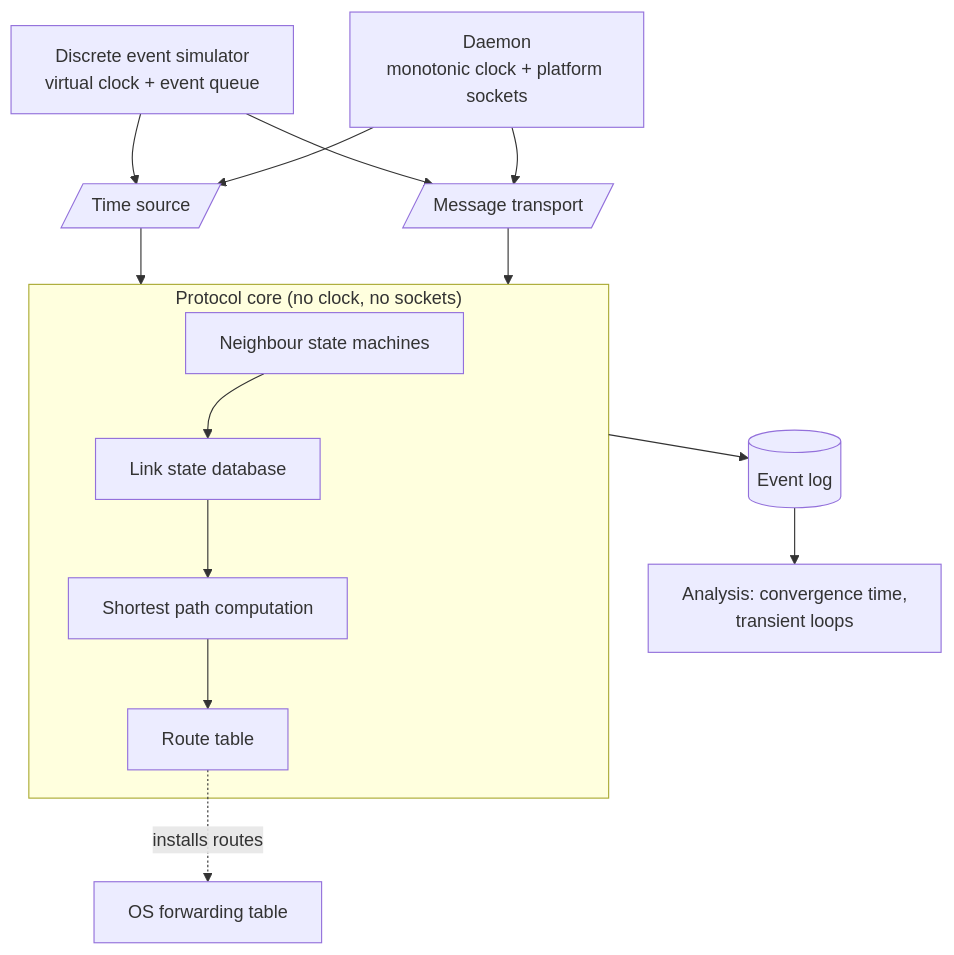
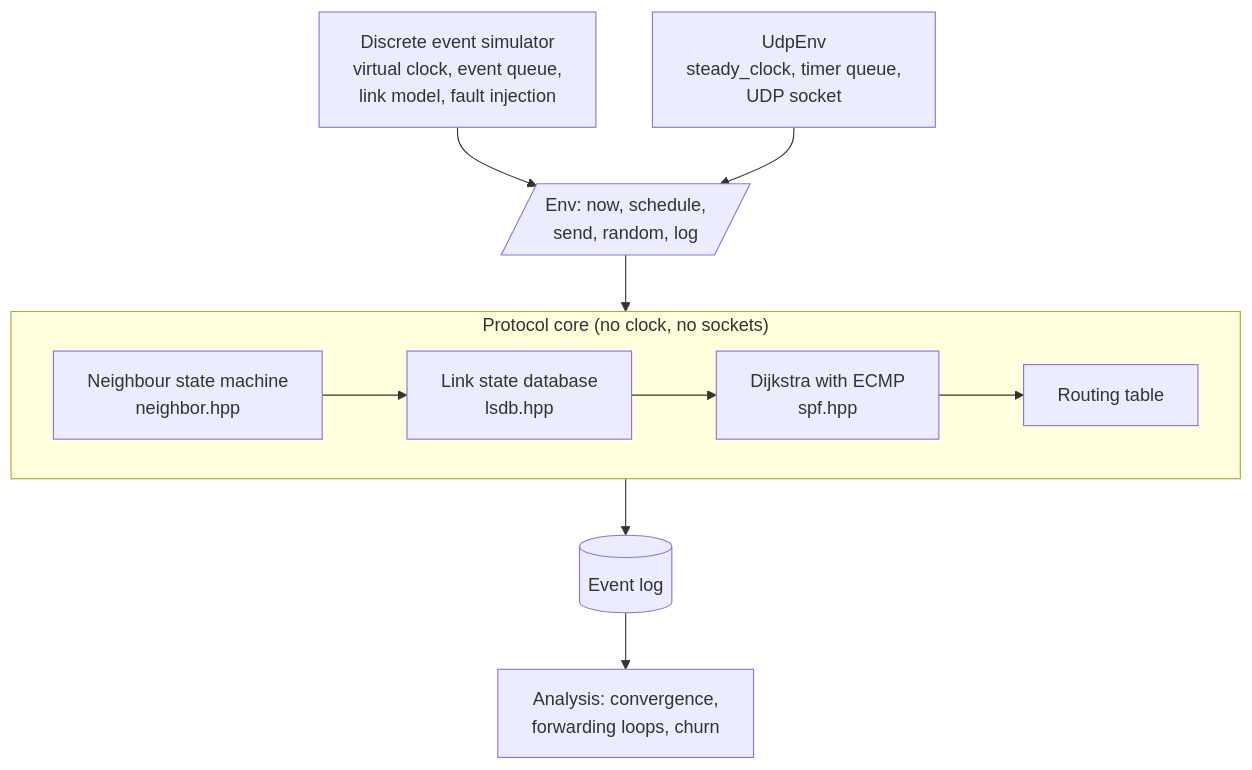
Before and after one commit to Alex-Tsvetanov/waypoint: the diagram in README.md, drawn with Mermaid. The commit also changed other lines of this file and 8 other files, not shown here.

````diff
--- a/README.md
+++ b/README.md
@@ -48,22 +51,18 @@
 ```mermaid
 flowchart TD
     subgraph core["Protocol core (no clock, no sockets)"]
-        NB[Neighbour state machines]
-        LSDB[Link state database]
-        SPF[Shortest path computation]
-        RIB[Route table]
+        NB[Neighbour state machine<br/>neighbor.hpp]
+        LSDB[Link state database<br/>lsdb.hpp]
+        SPF[Dijkstra with ECMP<br/>spf.hpp]
+        RIB[Routing table]
         NB --> LSDB --> SPF --> RIB
     end
 
-    CLK[/Time source/] --> core
-    IO[/Message transport/] --> core
+    ENV[/Env: now, schedule,<br/>send, random, log/] --> core
 
-    SIM[Discrete event simulator<br/>virtual clock + event queue] --> CLK
-    SIM --> IO
-    DAEMON[Daemon<br/>monotonic clock + platform sockets] --> CLK
-    DAEMON --> IO
+    SIM[Discrete event simulator<br/>virtual clock, event queue,<br/>link model, fault injection] --> ENV
+    DAEMON[UdpEnv<br/>steady_clock, timer queue,<br/>UDP socket] --> ENV
 
     core --> LOG[(Event log)]
-    LOG --> AN[Analysis: convergence time,<br/>transient loops]
-    RIB -.installs routes.-> OS[OS forwarding table]
+    LOG --> AN[Analysis: convergence,<br/>forwarding loops, churn]
 ```
````
